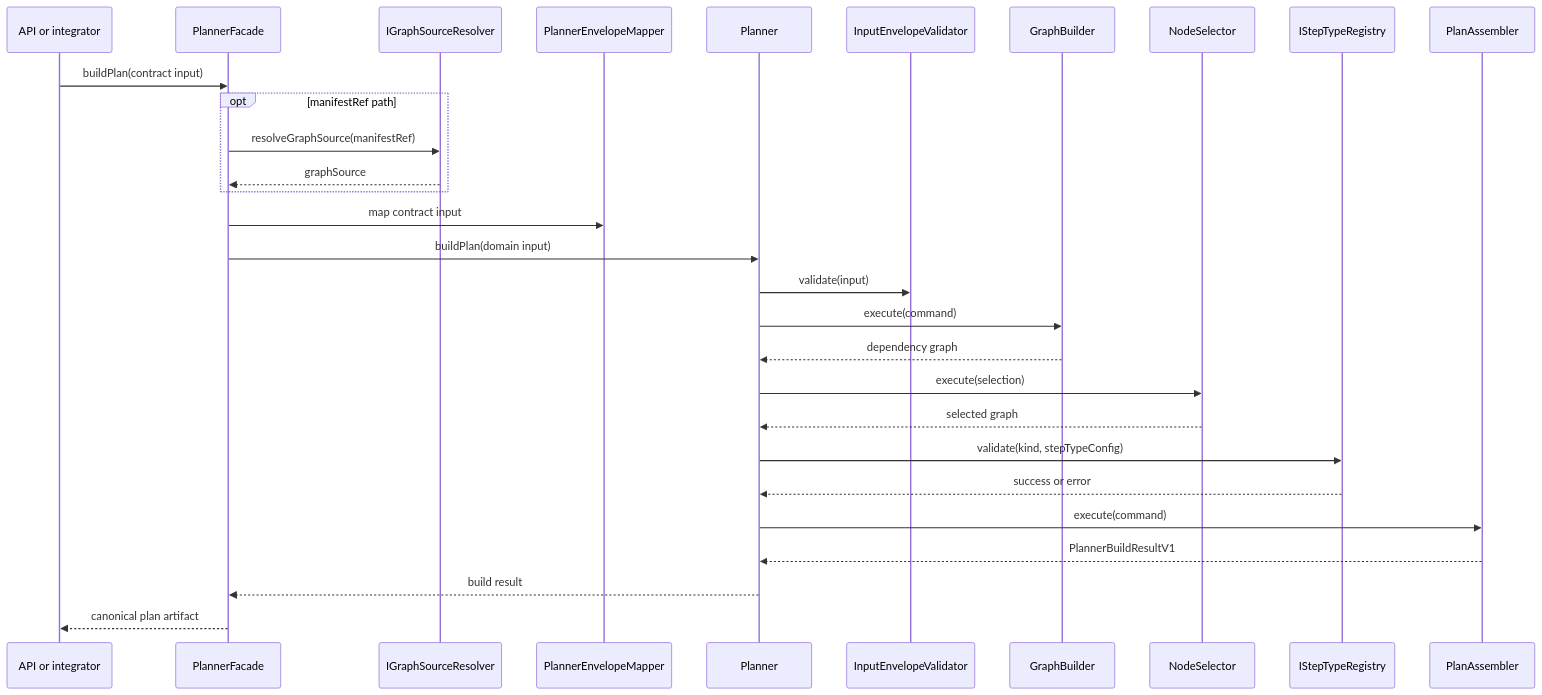
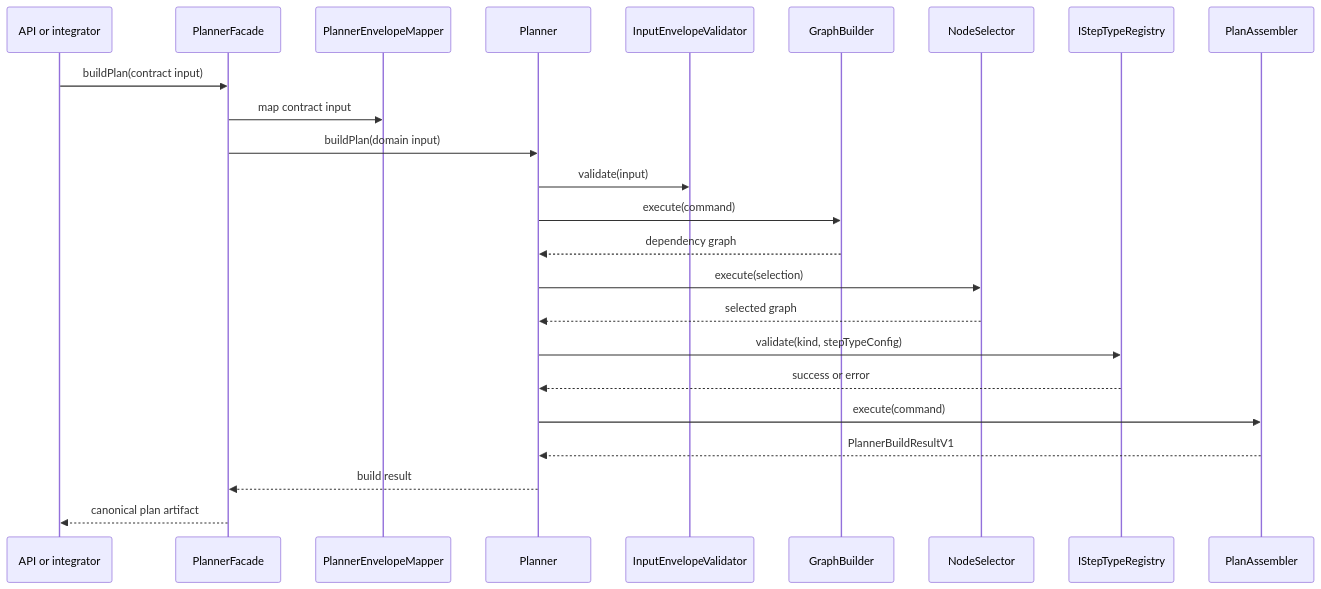
Before and after one commit to dunay2/dvt: the diagram in docs/architecture/components/planner/planner-sequence.md, drawn with Mermaid. The commit also changed other lines of this file and 46 other files, not shown here.

Commit message:
refactor(planner): Hard-cut runtime ingress to canonical graphSource

````diff
--- a/docs/architecture/components/planner/planner-sequence.md
+++ b/docs/architecture/components/planner/planner-sequence.md
@@ -12,32 +12,27 @@
 ```mermaid
 sequenceDiagram
   participant Caller as API or integrator
   participant Facade as PlannerFacade
-  participant Resolver as IGraphSourceResolver
   participant Mapper as PlannerEnvelopeMapper
   participant Planner
   participant Validator as InputEnvelopeValidator
   participant Graph as GraphBuilder
   participant Selector as NodeSelector
   participant Registry as IStepTypeRegistry
   participant Assembler as PlanAssembler
 
   Caller->>Facade: buildPlan(contract input)
-  opt manifestRef path
-    Facade->>Resolver: resolveGraphSource(manifestRef)
-    Resolver-->>Facade: graphSource
-  end
   Facade->>Mapper: map contract input
   Facade->>Planner: buildPlan(domain input)
   Planner->>Validator: validate(input)
   Planner->>Graph: execute(command)
   Graph-->>Planner: dependency graph
   Planner->>Selector: execute(selection)
   Selector-->>Planner: selected graph
   Planner->>Registry: validate(kind, stepTypeConfig)
   Registry-->>Planner: success or error
   Planner->>Assembler: execute(command)
   Assembler-->>Planner: PlannerBuildResultV1
   Planner-->>Facade: build result
   Facade-->>Caller: canonical plan artifact
 ```
````
